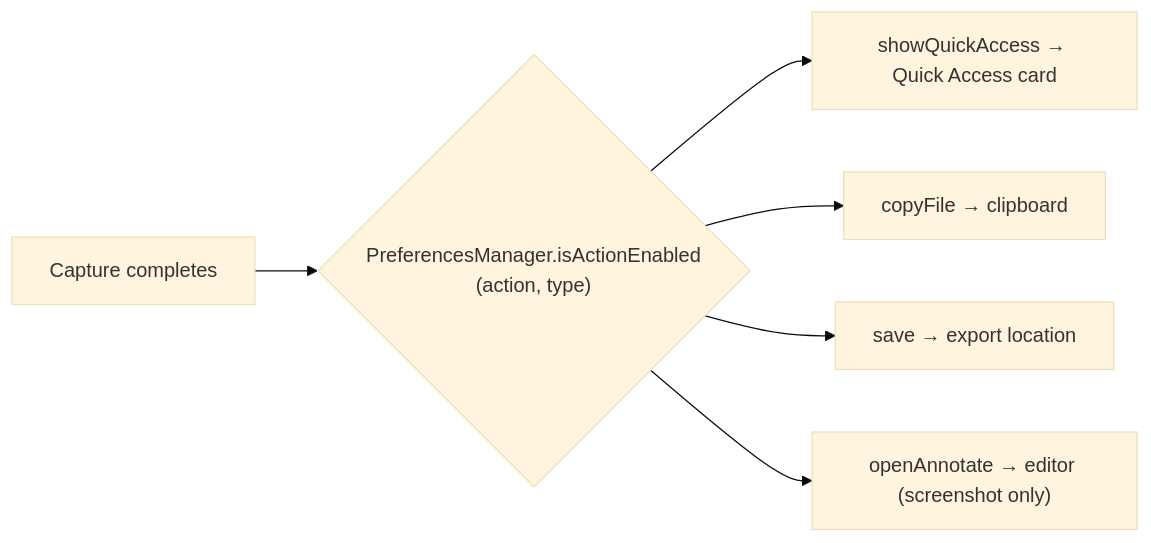
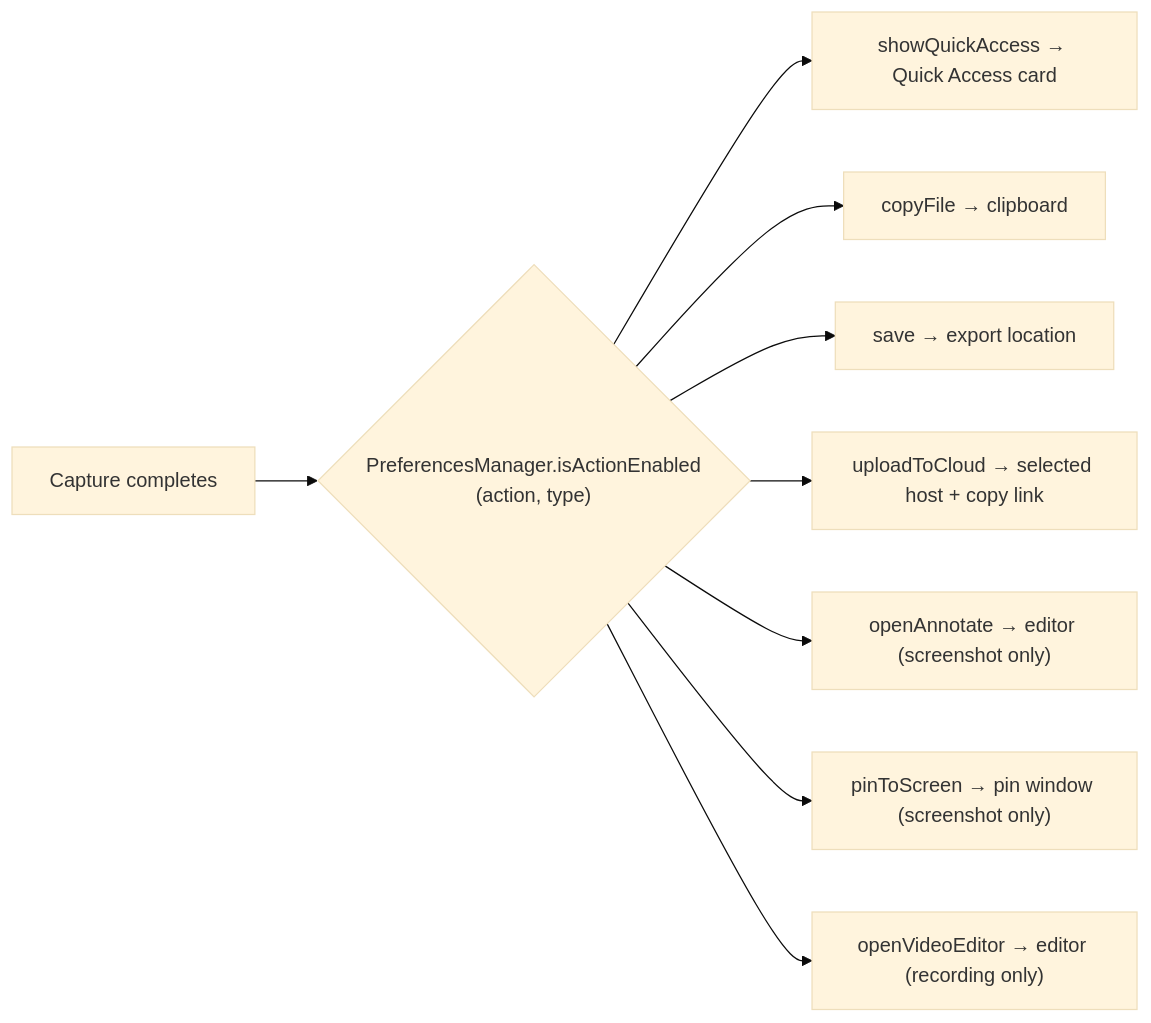
The diagram in docs/PREFERENCES.md (mourato/Cue), drawn with Mermaid (base theme) before and after one commit. The commit also changed other lines of this file and 1 other file, not shown here.

````diff
--- a/docs/PREFERENCES.md
+++ b/docs/PREFERENCES.md
@@ -110,8 +110,11 @@
 ```mermaid
 flowchart LR
     A["Capture completes"] --> B{"PreferencesManager.isActionEnabled<br/>(action, type)"}
     B --> C["showQuickAccess → Quick Access card"]
     B --> D["copyFile → clipboard"]
     B --> E["save → export location"]
-    B --> F["openAnnotate → editor (screenshot only)"]
+    B --> F["uploadToCloud → selected host + copy link"]
+    B --> G["openAnnotate → editor (screenshot only)"]
+    B --> H["pinToScreen → pin window (screenshot only)"]
+    B --> I["openVideoEditor → editor (recording only)"]
 ```
````
